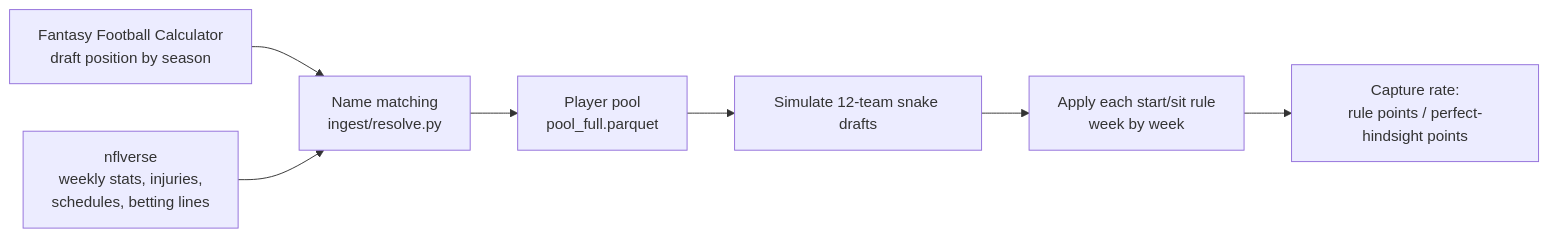
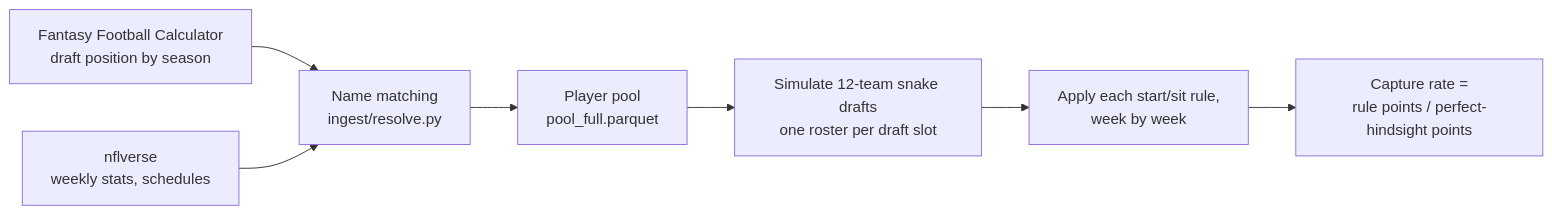
One commit to VKKan2002/fantasy_draft_eval_project changed the second of 2 diagrams in README.md. Above: the diagram before and after it, drawn with Mermaid. The commit also changed other lines of this file, not shown here.

````diff
--- a/README.md
+++ b/README.md
@@ -178,9 +279,9 @@
 ```mermaid
 flowchart LR
     FFC["Fantasy Football Calculator<br/>draft position by season"] --> RES
-    NV["nflverse<br/>weekly stats, injuries,<br/>schedules, betting lines"] --> RES
+    NV["nflverse<br/>weekly stats, schedules"] --> RES
     RES["Name matching<br/>ingest/resolve.py"] --> POOL["Player pool<br/>pool_full.parquet"]
-    POOL --> DRAFT["Simulate 12-team snake drafts"]
-    DRAFT --> RULES["Apply each start/sit rule<br/>week by week"]
-    RULES --> CAP["Capture rate:<br/>rule points / perfect-hindsight points"]
+    POOL --> DRAFT["Simulate 12-team snake drafts<br/>one roster per draft slot"]
+    DRAFT --> RULES["Apply each start/sit rule,<br/>week by week"]
+    RULES --> CAP["Capture rate =<br/>rule points / perfect-hindsight points"]
 ```
````
